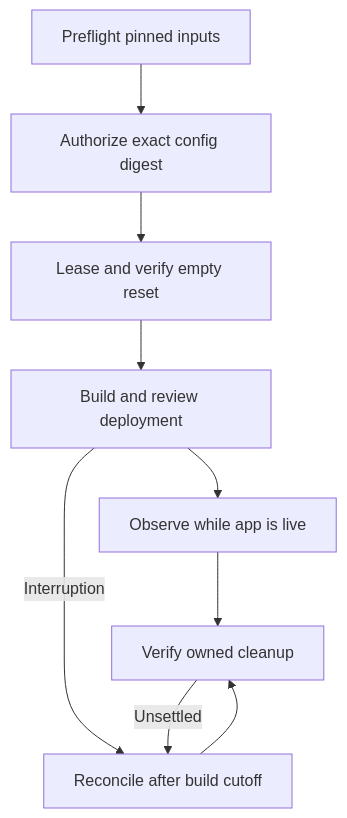
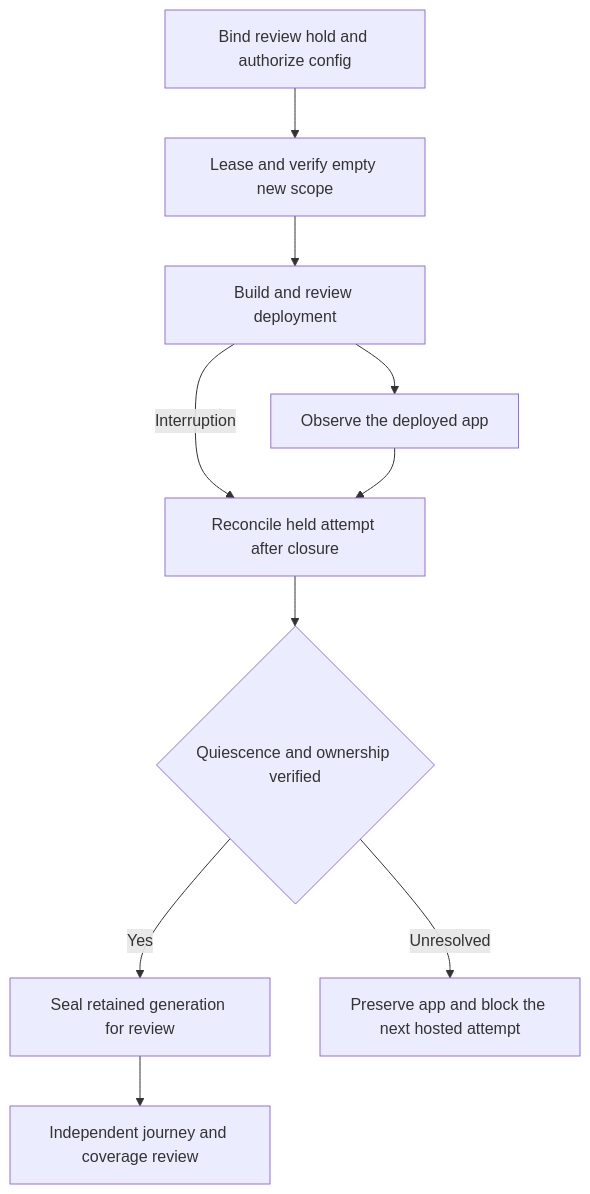
The diagram in test/shiploop_e2e/scenarios/grok-chat-outcome/README.md (whichguy/skill-craft), drawn with Mermaid before and after one commit. The commit also changed other lines of this file and 13 other files, not shown here.

````diff
--- a/test/shiploop_e2e/scenarios/grok-chat-outcome/README.md
+++ b/test/shiploop_e2e/scenarios/grok-chat-outcome/README.md
@@ -5,11 +5,12 @@
 ```mermaid
 flowchart TD
-    P[Preflight pinned inputs] --> A[Authorize exact config digest]
-    A --> R[Lease and verify empty reset]
+    P[Bind review hold and authorize config] --> R[Lease and verify empty new scope]
     R --> B[Build and review deployment]
-    B --> O[Observe while app is live]
-    O --> C[Verify owned cleanup]
-    B -->|Interruption| X[Reconcile after build cutoff]
-    C -->|Unsettled| X
-    X --> C
+    B --> O[Observe the deployed app]
+    B -->|Interruption| X[Reconcile held attempt after closure]
+    O --> X
+    X --> Q{Quiescence and ownership verified}
+    Q -->|Yes| E[Seal retained generation for review]
+    Q -->|Unresolved| H[Preserve app and block the next hosted attempt]
+    E --> A[Independent journey and coverage review]
 ```
````
